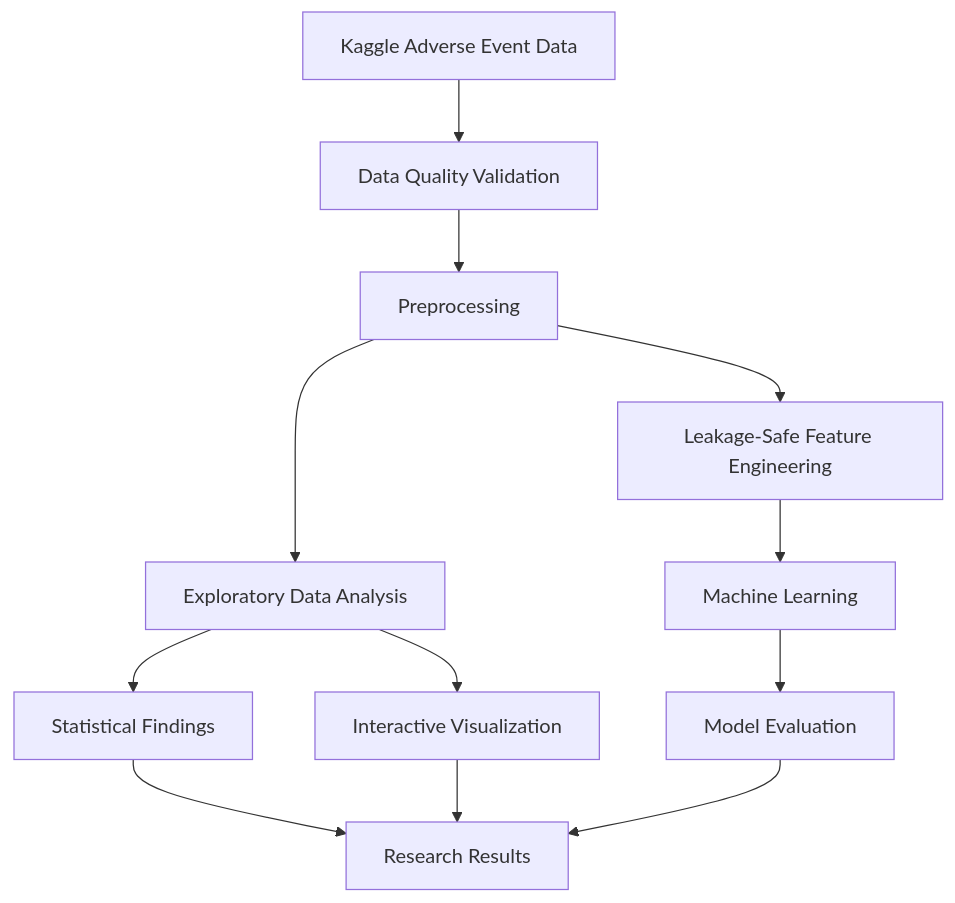
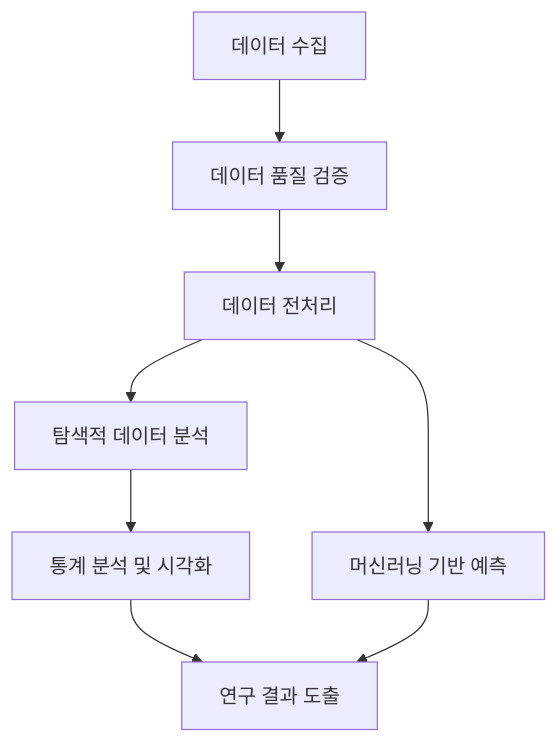
One commit to ko-su-yeon/Data-Visualization-for-Big-Data-PBL-Team-06 changed the diagram in README.md. Above: the diagram before and after it, drawn with Mermaid. The commit also changed other lines of this file, not shown here.

````diff
--- a/README.md
+++ b/README.md
@@ -122,14 +135,10 @@
 ```mermaid
 flowchart TD
-    A["Kaggle Adverse Event Data"] --> B["Data Quality Validation"]
-    B --> C["Preprocessing"]
-    C --> D["Exploratory Data Analysis"]
-    D --> E["Statistical Findings"]
-    D --> F["Interactive Visualization"]
-    C --> G["Leakage-Safe Feature Engineering"]
-    G --> H["Machine Learning"]
-    H --> I["Model Evaluation"]
-    E --> J["Research Results"]
-    F --> J
-    I --> J
+    A["데이터 수집"] --> B["데이터 품질 검증"]
+    B --> C["데이터 전처리"]
+    C --> D["탐색적 데이터 분석"]
+    D --> E["통계 분석 및 시각화"]
+    C --> F["머신러닝 기반 예측"]
+    E --> G["연구 결과 도출"]
+    F --> G
 ```
````
